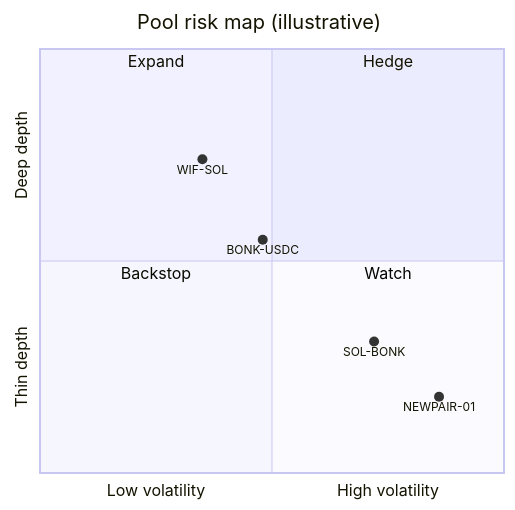
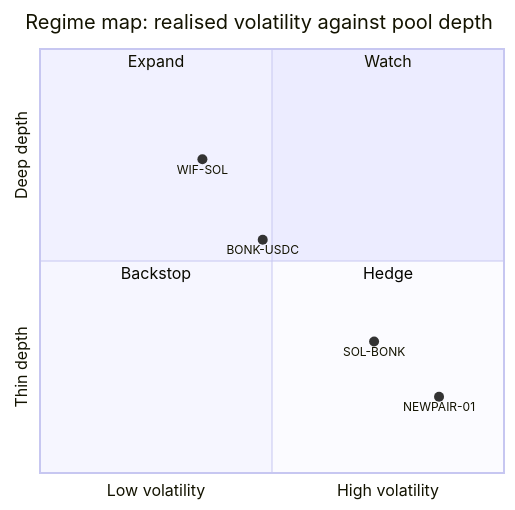
Before and after one commit to cioffivictor/solana-ssp-protocol: the fifth of 7 diagrams in README.md, drawn with Mermaid. The commit also changed other lines of this file, not shown here.

````diff
--- a/README.md
+++ b/README.md
@@ -264,14 +242,14 @@
 ```mermaid
 quadrantChart
-    title Pool risk map (illustrative)
+    title Regime map: realised volatility against pool depth
     x-axis Low volatility --> High volatility
     y-axis Thin depth --> Deep depth
-    quadrant-1 Hedge
+    quadrant-1 Watch
     quadrant-2 Expand
     quadrant-3 Backstop
-    quadrant-4 Watch
+    quadrant-4 Hedge
     SOL-BONK: [0.72, 0.31]
     WIF-SOL: [0.35, 0.74]
     BONK-USDC: [0.48, 0.55]
     NEWPAIR-01: [0.86, 0.18]
 ```
````
